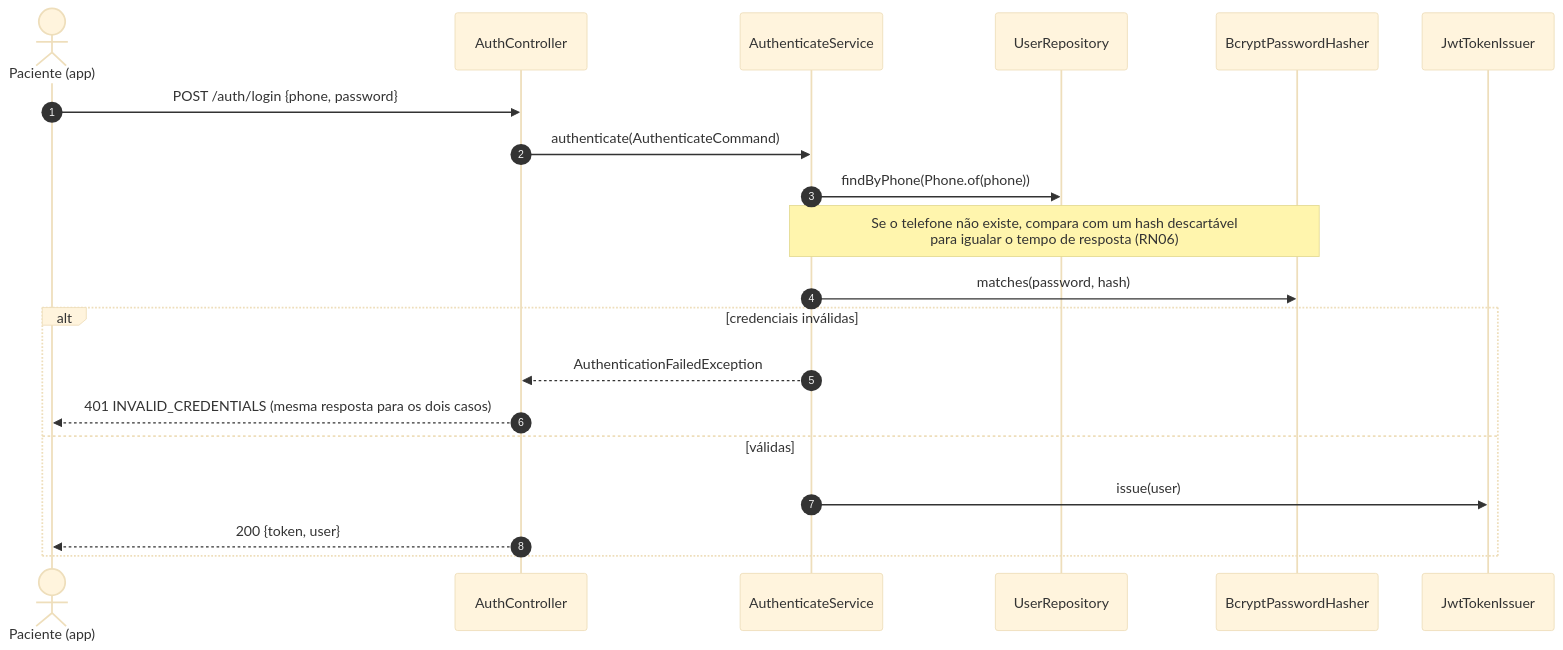
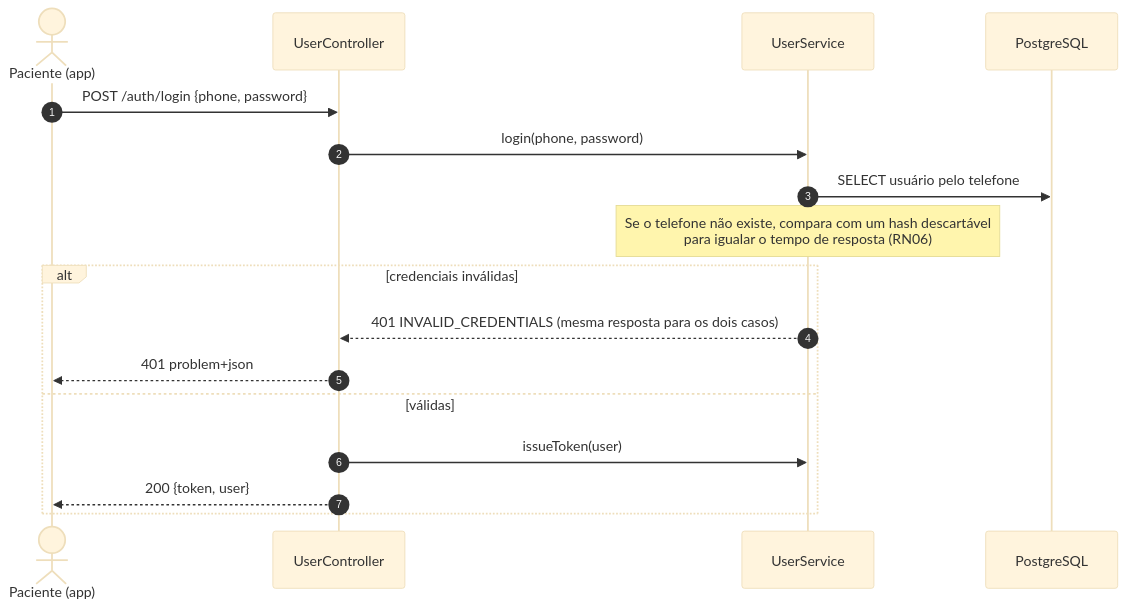
The second of 7 diagrams in docs/08-diagramas-de-sequencia.md (MarcioFerreiraL/clinics-backend), drawn with Mermaid (base theme) before and after one commit. The commit also changed other lines of this file and 138 other files, not shown here.

````diff
--- a/docs/08-diagramas-de-sequencia.md
+++ b/docs/08-diagramas-de-sequencia.md
@@ -39,23 +33,20 @@
 ```mermaid
 sequenceDiagram
     autonumber
     actor P as Paciente (app)
-    participant C as AuthController
-    participant S as AuthenticateService
-    participant R as UserRepository
-    participant H as BcryptPasswordHasher
-    participant T as JwtTokenIssuer
+    participant C as UserController
+    participant S as UserService
+    participant DB as PostgreSQL
 
     P->>C: POST /auth/login {phone, password}
-    C->>S: authenticate(AuthenticateCommand)
-    S->>R: findByPhone(Phone.of(phone))
-    Note over S,H: Se o telefone não existe, compara com um hash descartável<br/>para igualar o tempo de resposta (RN06)
-    S->>H: matches(password, hash)
+    C->>S: login(phone, password)
+    S->>DB: SELECT usuário pelo telefone
+    Note over S: Se o telefone não existe, compara com um hash descartável<br/>para igualar o tempo de resposta (RN06)
     alt credenciais inválidas
-        S-->>C: AuthenticationFailedException
-        C-->>P: 401 INVALID_CREDENTIALS (mesma resposta para os dois casos)
+        S-->>C: 401 INVALID_CREDENTIALS (mesma resposta para os dois casos)
+        C-->>P: 401 problem+json
     else válidas
-        S->>T: issue(user)
+        C->>S: issueToken(user)
         C-->>P: 200 {token, user}
     end
 ```
````
